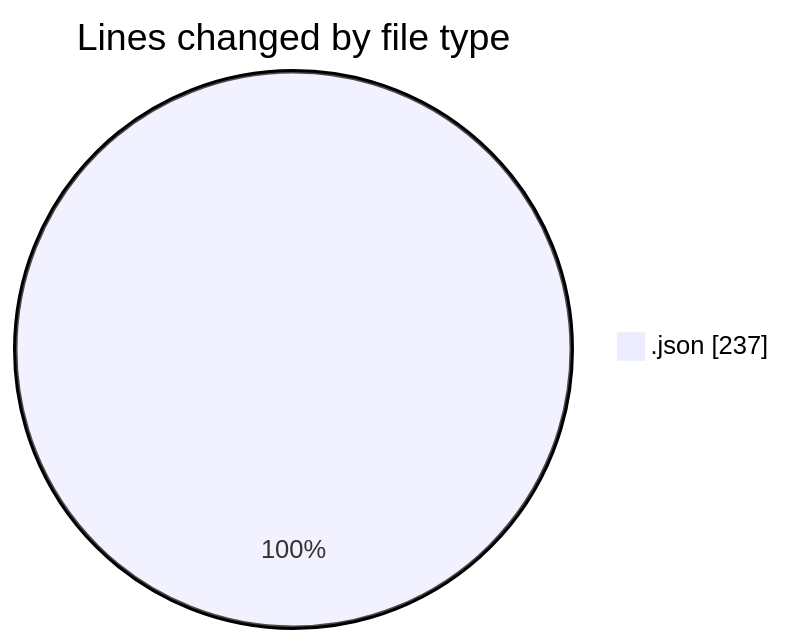
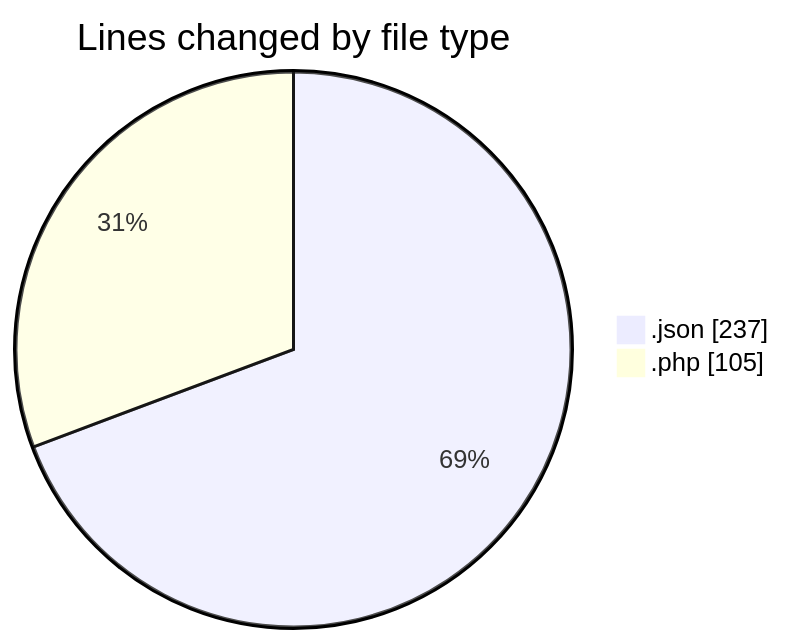
The first of 2 diagrams in 2025-05-25/booking/README.md (idhammustaqopulfikri/code-tracking), drawn with Mermaid before and after one commit. The commit also changed other lines of this file and 1 other file, not shown here.

````diff
--- a/2025-05-25/booking/README.md
+++ b/2025-05-25/booking/README.md
@@ -20,5 +21,6 @@
 ```mermaid
 pie showData
 title Lines changed by file type
 ".json" : 237
+".php" : 105
 ```
````
